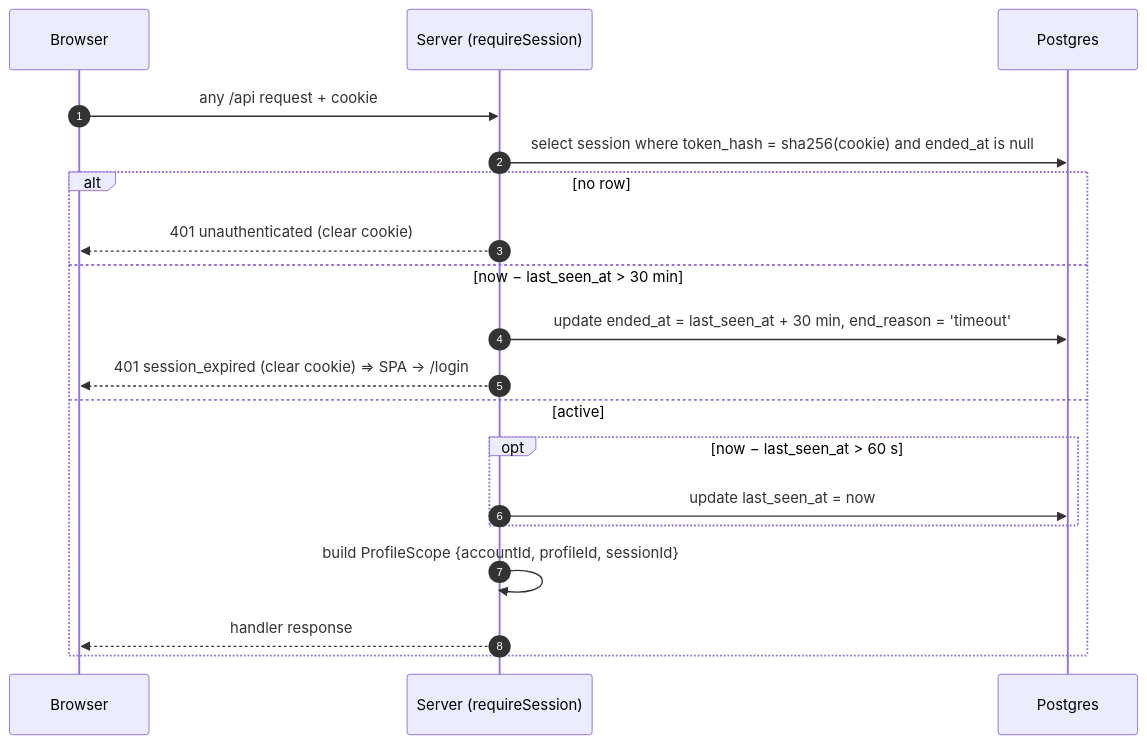
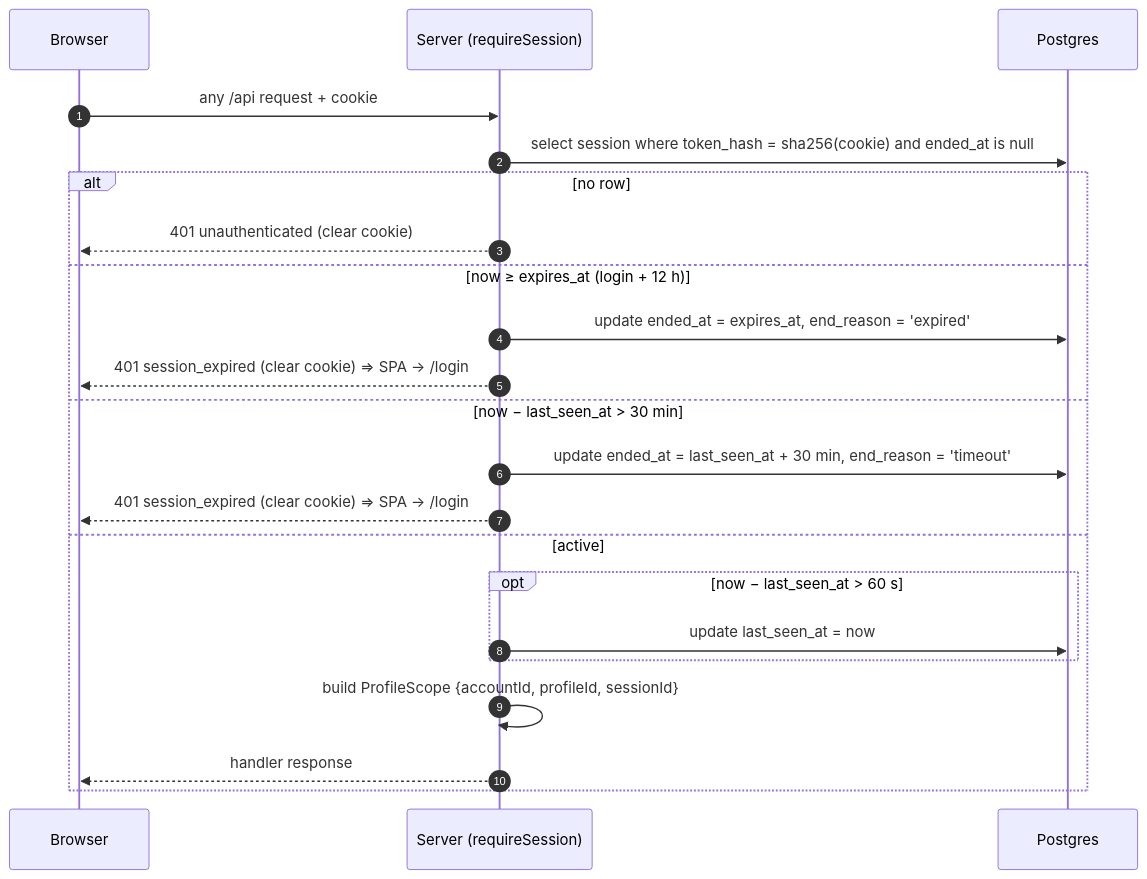
One commit to chjort/calculator-web changed the third of 4 diagrams in docs/architecture/R2.md. Above: the diagram before and after it, drawn with Mermaid. The commit also changed other lines of this file and 4 other files, not shown here.

````diff
--- a/docs/architecture/R2.md
+++ b/docs/architecture/R2.md
@@ -51,21 +51,24 @@
 ```mermaid
 sequenceDiagram
   autonumber
   participant B as Browser
   participant S as Server (requireSession)
   participant D as Postgres
   B->>S: any /api request + cookie
   S->>D: select session where token_hash = sha256(cookie) and ended_at is null
   alt no row
     S-->>B: 401 unauthenticated (clear cookie)
+  else now ≥ expires_at (login + 12 h)
+    S->>D: update ended_at = expires_at, end_reason = 'expired'
+    S-->>B: 401 session_expired (clear cookie) ⇒ SPA → /login
   else now − last_seen_at > 30 min
     S->>D: update ended_at = last_seen_at + 30 min, end_reason = 'timeout'
     S-->>B: 401 session_expired (clear cookie) ⇒ SPA → /login
   else active
     opt now − last_seen_at > 60 s
       S->>D: update last_seen_at = now
     end
     S->>S: build ProfileScope {accountId, profileId, sessionId}
     S-->>B: handler response
   end
 ```
````
